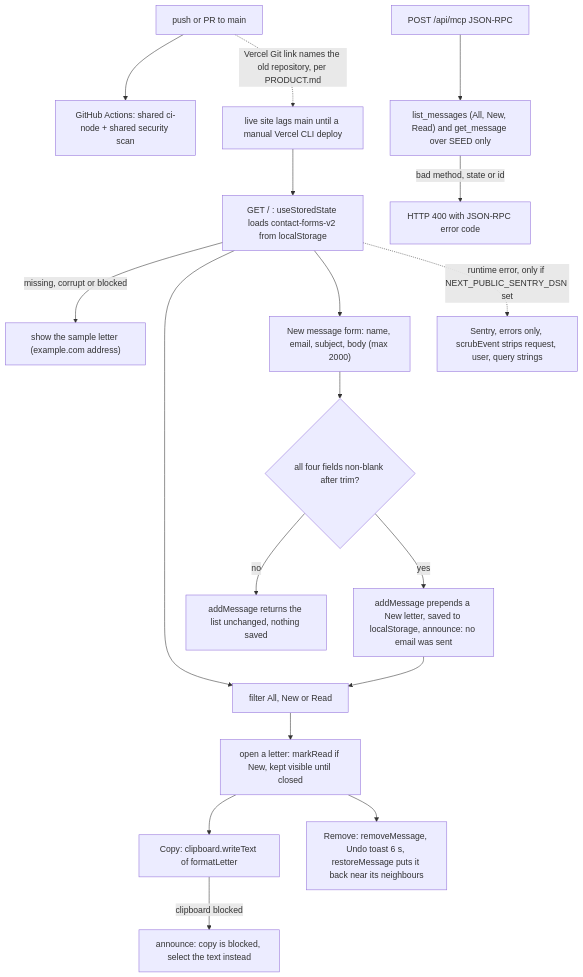
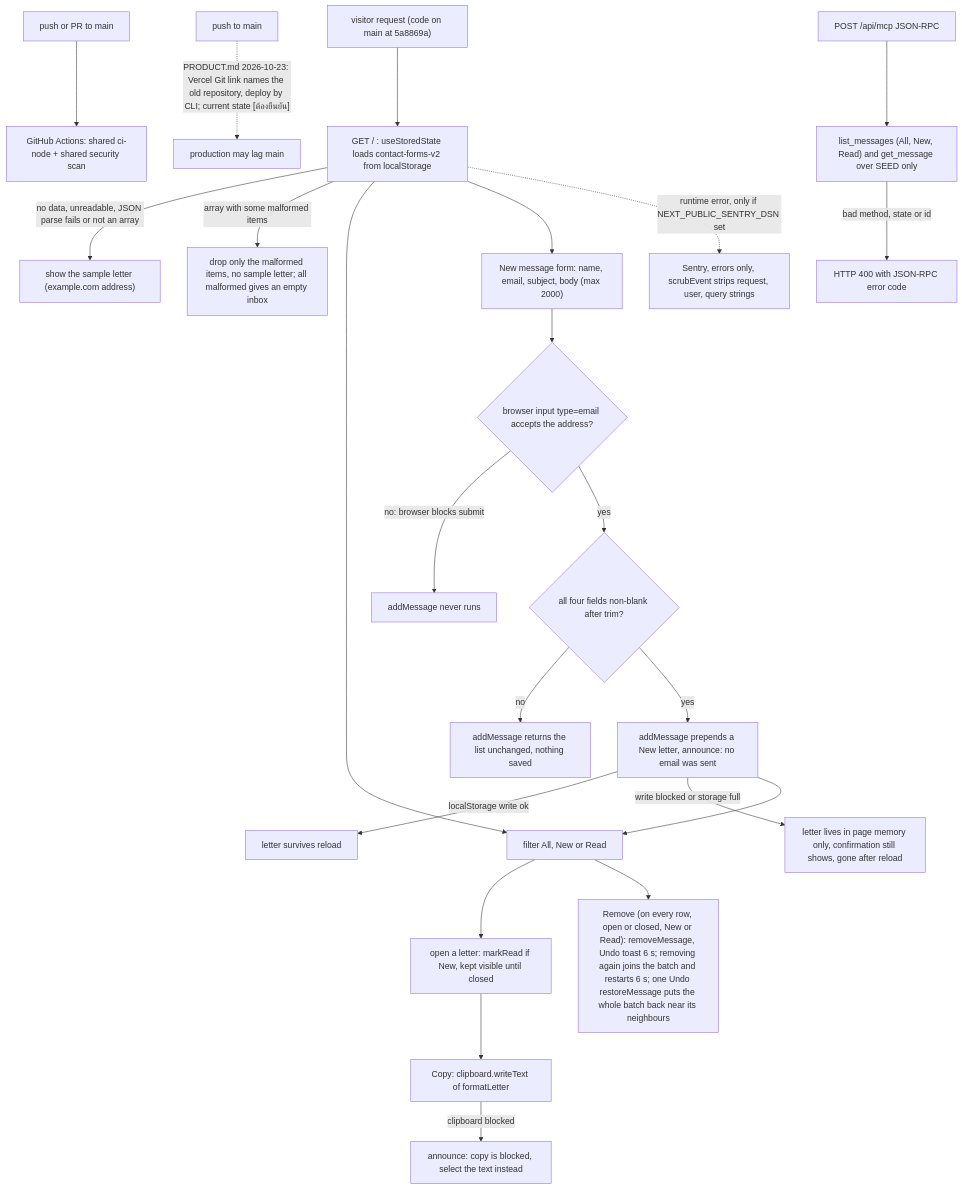
The first of 2 diagrams in docs/diagrams/01-business-process.md (bookchaowalit-website/marketing-contact-forms-web), drawn with Mermaid before and after one commit. The commit also changed other lines of this file, not shown here.

Commit message:
docs: correct As-Is/To-Be facts from review (01-business-process)

````diff
--- a/docs/diagrams/01-business-process.md
+++ b/docs/diagrams/01-business-process.md
@@ -9,20 +9,25 @@
 ```mermaid
 flowchart TD
   PUSH["push or PR to main"] --> CI["GitHub Actions: shared ci-node + shared security scan"]
-  PUSH -.->|"Vercel Git link names the old repository, per PRODUCT.md"| LAG["live site lags main until a manual Vercel CLI deploy"]
-  LAG --> PAGE["GET / : useStoredState loads contact-forms-v2 from localStorage"]
-  PAGE -->|"missing, corrupt or blocked"| SEED["show the sample letter (example.com address)"]
+  MAIN["push to main"] -.->|"PRODUCT.md 2026-10-23: Vercel Git link names the old repository, deploy by CLI; current state [ต้องยืนยัน]"| PROD["production may lag main"]
+  VISIT["visitor request (code on main at 5a8869a)"] --> PAGE["GET / : useStoredState loads contact-forms-v2 from localStorage"]
+  PAGE -->|"no data, unreadable, JSON parse fails or not an array"| SEED["show the sample letter (example.com address)"]
+  PAGE -->|"array with some malformed items"| DROP["drop only the malformed items, no sample letter; all malformed gives an empty inbox"]
   PAGE --> FILTER["filter All, New or Read"]
   FILTER --> OPEN["open a letter: markRead if New, kept visible until closed"]
   OPEN --> COPY["Copy: clipboard.writeText of formatLetter"]
   COPY -->|"clipboard blocked"| MSG["announce: copy is blocked, select the text instead"]
-  OPEN --> REMOVE["Remove: removeMessage, Undo toast 6 s, restoreMessage puts it back near its neighbours"]
+  FILTER --> REMOVE["Remove (on every row, open or closed, New or Read): removeMessage, Undo toast 6 s; removing again joins the batch and restarts 6 s; one Undo restoreMessage puts the whole batch back near its neighbours"]
   PAGE --> COMPOSE["New message form: name, email, subject, body (max 2000)"]
-  COMPOSE --> VALID{"all four fields non-blank after trim?"}
+  COMPOSE --> EMAILCHK{"browser input type=email accepts the address?"}
+  EMAILCHK -->|"no: browser blocks submit"| NOSUBMIT["addMessage never runs"]
+  EMAILCHK -->|yes| VALID{"all four fields non-blank after trim?"}
   VALID -->|no| NOOP["addMessage returns the list unchanged, nothing saved"]
-  VALID -->|yes| ADD["addMessage prepends a New letter, saved to localStorage, announce: no email was sent"]
+  VALID -->|yes| ADD["addMessage prepends a New letter, announce: no email was sent"]
+  ADD -->|"localStorage write ok"| KEPT["letter survives reload"]
+  ADD -->|"write blocked or storage full"| MEMONLY["letter lives in page memory only, confirmation still shows, gone after reload"]
   ADD --> FILTER
   MCP["POST /api/mcp JSON-RPC"] --> TOOLS["list_messages (All, New, Read) and get_message over SEED only"]
   TOOLS -->|"bad method, state or id"| ERR["HTTP 400 with JSON-RPC error code"]
   PAGE -.->|"runtime error, only if NEXT_PUBLIC_SENTRY_DSN set"| SENTRY["Sentry, errors only, scrubEvent strips request, user, query strings"]
 ```
````
